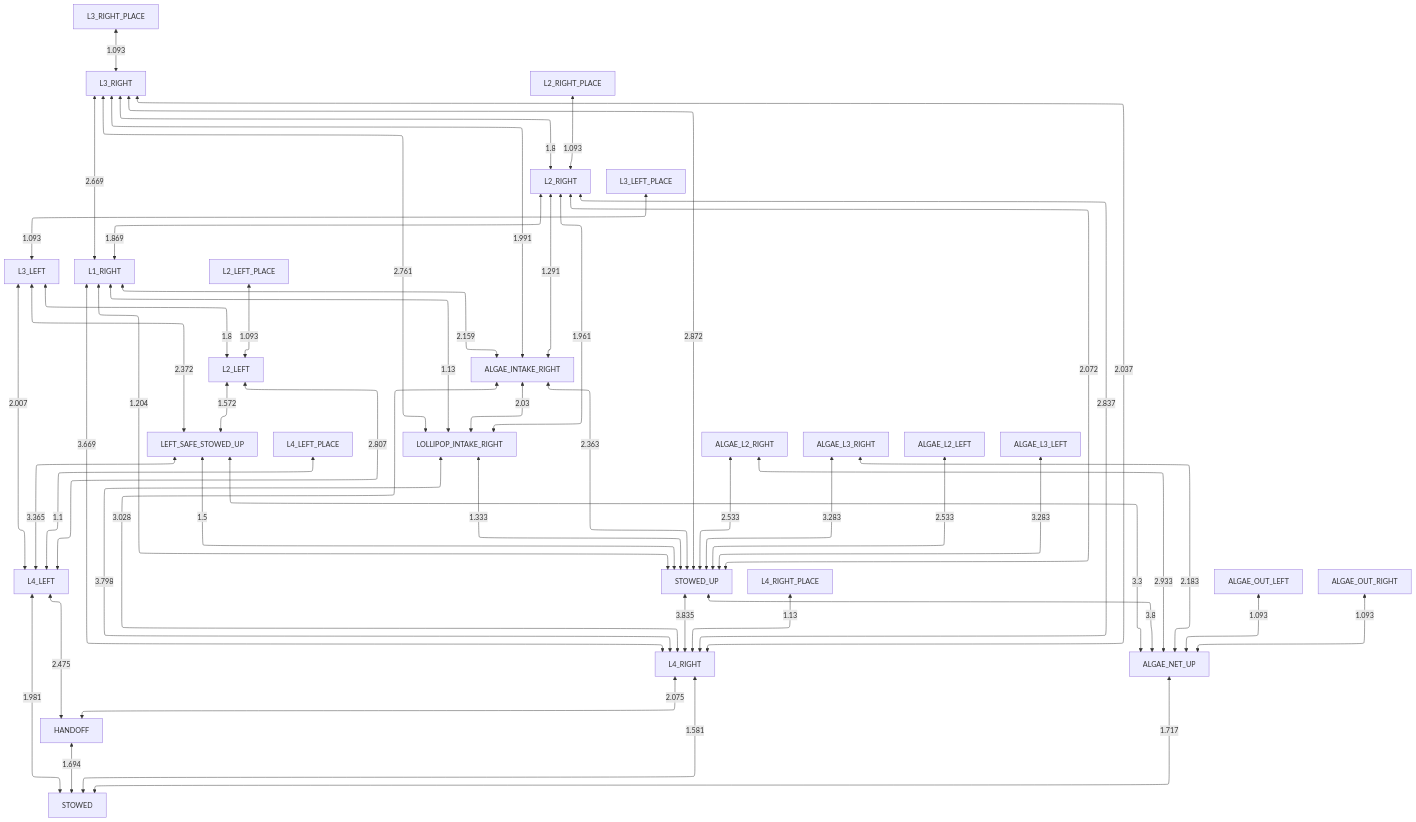
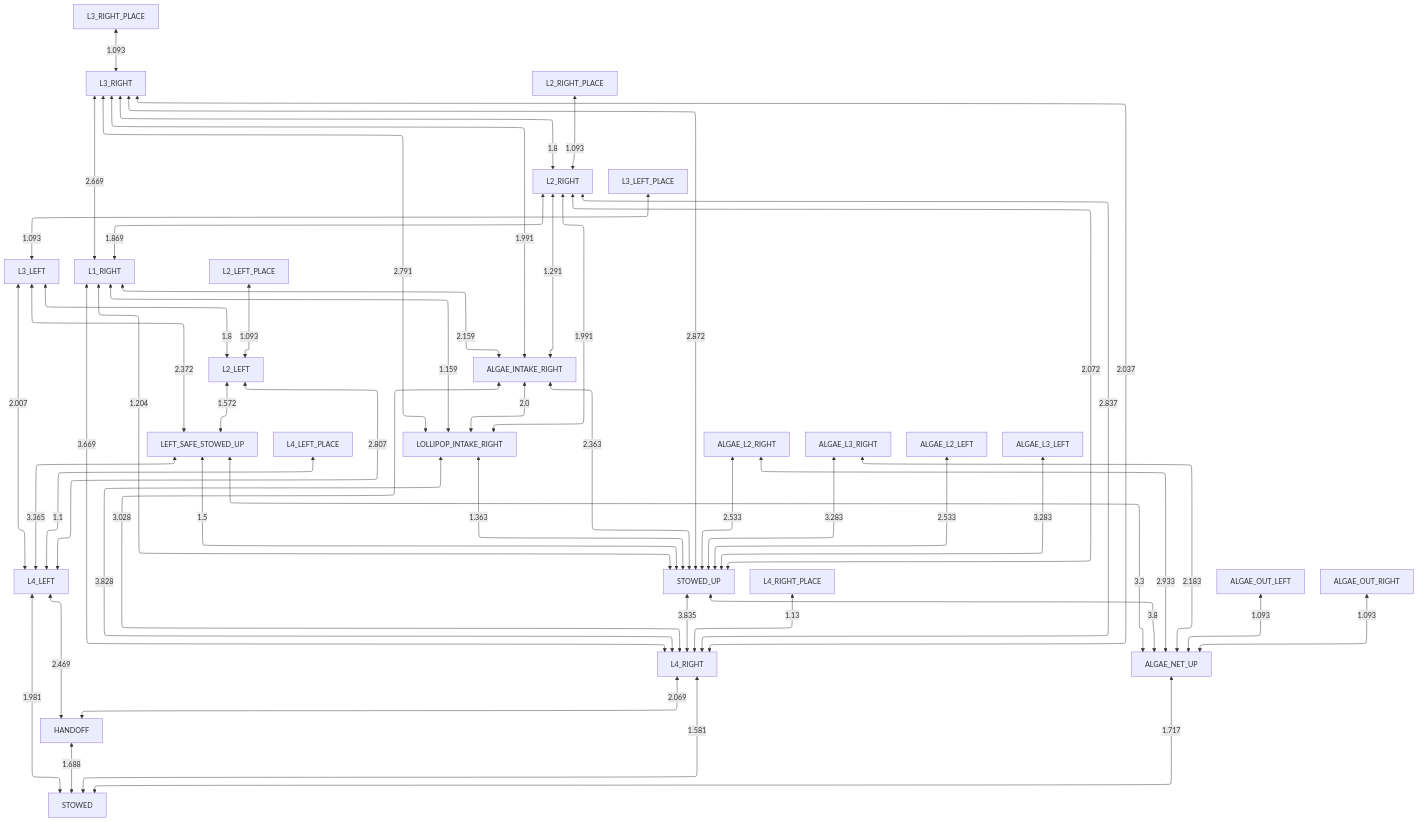
One commit to team581/offseason-2025-comp changed the diagram in docs/collision_avoidance/no_obstruction.md. Above: the diagram before and after it, drawn with Mermaid. The commit also changed 3 other files, not shown here.

````diff
--- a/docs/collision_avoidance/no_obstruction.md
+++ b/docs/collision_avoidance/no_obstruction.md
@@ -3,55 +3,55 @@
 ```mermaid
 %%{ init: { "flowchart": { "defaultRenderer": "elk" } } }%%
 graph TD
 
-HANDOFF <-- 1.694 --> STOWED
+HANDOFF <-- 1.688 --> STOWED
 L4_LEFT <-- 1.981 --> STOWED
 L4_RIGHT <-- 1.581 --> STOWED
 ALGAE_NET_UP <-- 1.717 --> STOWED
-L4_LEFT <-- 2.475 --> HANDOFF
-L4_RIGHT <-- 2.075 --> HANDOFF
+L4_LEFT <-- 2.469 --> HANDOFF
+L4_RIGHT <-- 2.069 --> HANDOFF
 LEFT_SAFE_STOWED_UP <-- 3.365 --> L4_LEFT
 L2_LEFT <-- 2.807 --> L4_LEFT
 L3_LEFT <-- 2.007 --> L4_LEFT
 L4_LEFT_PLACE <-- 1.1 --> L4_LEFT
 STOWED_UP <-- 3.835 --> L4_RIGHT
 ALGAE_INTAKE_RIGHT <-- 3.028 --> L4_RIGHT
-LOLLIPOP_INTAKE_RIGHT <-- 3.798 --> L4_RIGHT
+LOLLIPOP_INTAKE_RIGHT <-- 3.828 --> L4_RIGHT
 L1_RIGHT <-- 3.669 --> L4_RIGHT
 L2_RIGHT <-- 2.837 --> L4_RIGHT
 L3_RIGHT <-- 2.037 --> L4_RIGHT
 L4_RIGHT_PLACE <-- 1.13 --> L4_RIGHT
 LEFT_SAFE_STOWED_UP <-- 3.3 --> ALGAE_NET_UP
 STOWED_UP <-- 3.8 --> ALGAE_NET_UP
 ALGAE_OUT_LEFT <-- 1.093 --> ALGAE_NET_UP
 ALGAE_OUT_RIGHT <-- 1.093 --> ALGAE_NET_UP
 ALGAE_L2_RIGHT <-- 2.933 --> ALGAE_NET_UP
 ALGAE_L3_RIGHT <-- 2.183 --> ALGAE_NET_UP
 LEFT_SAFE_STOWED_UP <-- 1.5 --> STOWED_UP
-LOLLIPOP_INTAKE_RIGHT <-- 1.333 --> STOWED_UP
+LOLLIPOP_INTAKE_RIGHT <-- 1.363 --> STOWED_UP
 ALGAE_INTAKE_RIGHT <-- 2.363 --> STOWED_UP
 L1_RIGHT <-- 1.204 --> STOWED_UP
 L2_RIGHT <-- 2.072 --> STOWED_UP
 L3_RIGHT <-- 2.872 --> STOWED_UP
 ALGAE_L2_LEFT <-- 2.533 --> STOWED_UP
 ALGAE_L2_RIGHT <-- 2.533 --> STOWED_UP
 ALGAE_L3_LEFT <-- 3.283 --> STOWED_UP
 ALGAE_L3_RIGHT <-- 3.283 --> STOWED_UP
 L2_LEFT <-- 1.572 --> LEFT_SAFE_STOWED_UP
 L3_LEFT <-- 2.372 --> LEFT_SAFE_STOWED_UP
-ALGAE_INTAKE_RIGHT <-- 2.03 --> LOLLIPOP_INTAKE_RIGHT
-L1_RIGHT <-- 1.13 --> LOLLIPOP_INTAKE_RIGHT
-L2_RIGHT <-- 1.961 --> LOLLIPOP_INTAKE_RIGHT
-L3_RIGHT <-- 2.761 --> LOLLIPOP_INTAKE_RIGHT
+ALGAE_INTAKE_RIGHT <-- 2.0 --> LOLLIPOP_INTAKE_RIGHT
+L1_RIGHT <-- 1.159 --> LOLLIPOP_INTAKE_RIGHT
+L2_RIGHT <-- 1.991 --> LOLLIPOP_INTAKE_RIGHT
+L3_RIGHT <-- 2.791 --> LOLLIPOP_INTAKE_RIGHT
 L1_RIGHT <-- 2.159 --> ALGAE_INTAKE_RIGHT
 L2_RIGHT <-- 1.291 --> ALGAE_INTAKE_RIGHT
 L3_RIGHT <-- 1.991 --> ALGAE_INTAKE_RIGHT
 L3_LEFT <-- 1.8 --> L2_LEFT
 L2_LEFT_PLACE <-- 1.093 --> L2_LEFT
 L3_LEFT_PLACE <-- 1.093 --> L3_LEFT
 L2_RIGHT <-- 1.869 --> L1_RIGHT
 L3_RIGHT <-- 2.669 --> L1_RIGHT
 L3_RIGHT <-- 1.8 --> L2_RIGHT
 L2_RIGHT_PLACE <-- 1.093 --> L2_RIGHT
 L3_RIGHT_PLACE <-- 1.093 --> L3_RIGHT
 ```
````
